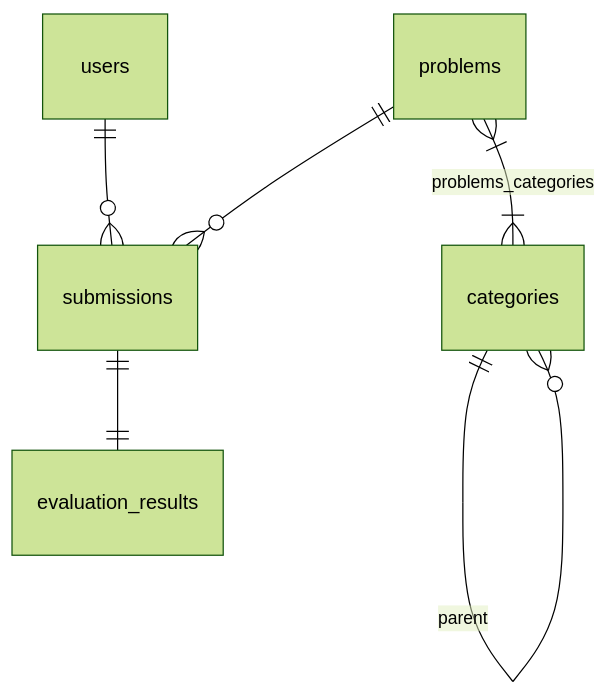
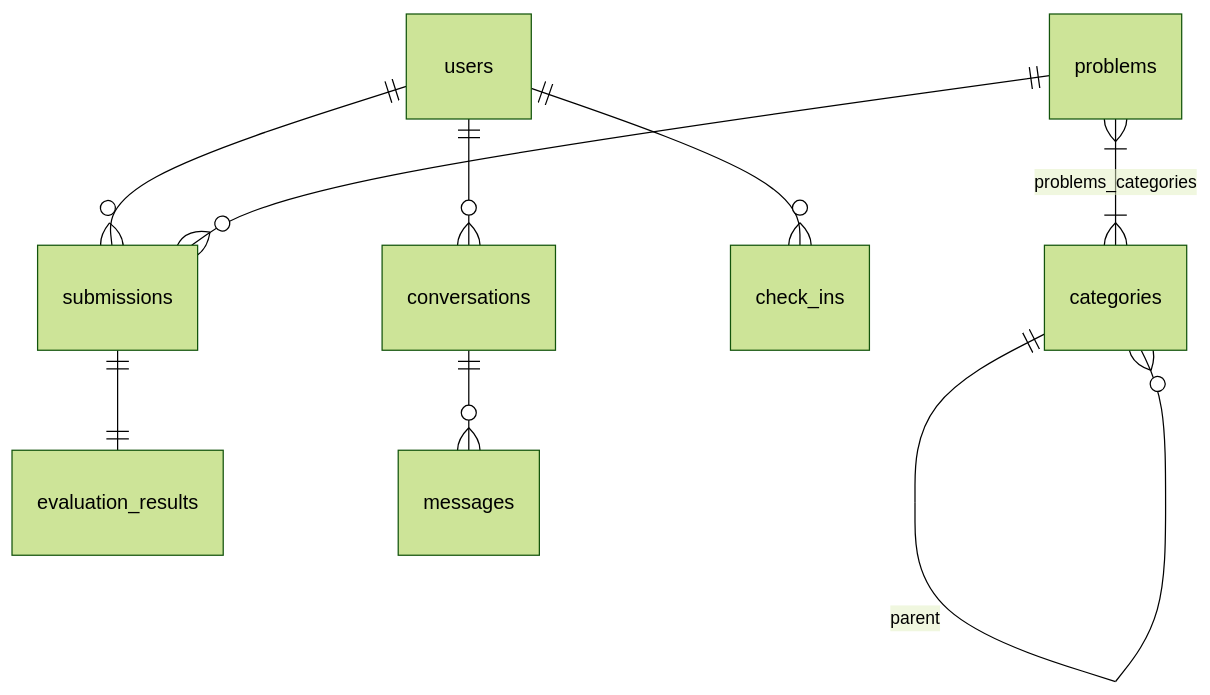
Before and after one commit to Neuro-OJ/neuro-oj: the diagram in README.md, drawn with Mermaid (forest theme). The commit also changed other lines of this file and 7 other files, not shown here.

````diff
--- a/README.md
+++ b/README.md
@@ -67,8 +66,11 @@
 ```mermaid
 erDiagram
     users ||--o{ submissions : ""
     problems ||--o{ submissions : ""
     submissions ||--|| evaluation_results : ""
     problems }|--|{ categories : "problems_categories"
     categories ||--o{ categories : "parent"
+    users ||--o{ check_ins : ""
+    users ||--o{ conversations : ""
+    conversations ||--o{ messages : ""
 ```
````
